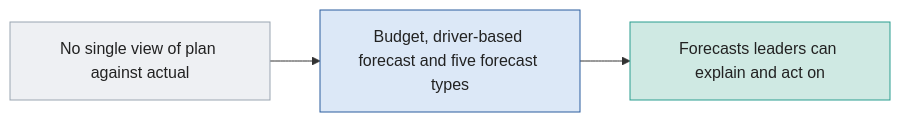
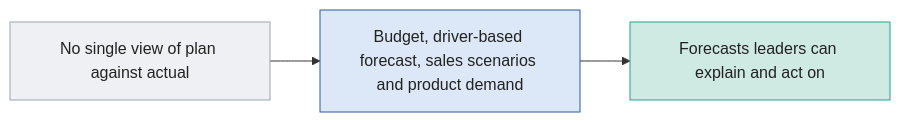
The diagram in 08-budget-forecast-pnl/README.md (rbanola1/RevOps-Portfolio), drawn with Mermaid before and after one commit. The commit also changed other lines of this file and 26 other files, not shown here.

Commit message:
CRM factory proof (touches by outcome), simple forecasts (scenarios and product demand), outbound diagnosis from the CRM history

````diff
--- a/08-budget-forecast-pnl/README.md
+++ b/08-budget-forecast-pnl/README.md
@@ -8,10 +8,10 @@
 ```mermaid
 flowchart LR
-    A["No single view of plan against actual"] --> B["Budget, driver-based forecast and five forecast types"] --> C["Forecasts leaders can explain and act on"]
+    A["No single view of plan against actual"] --> B["Budget, driver-based forecast, sales scenarios and product demand"] --> C["Forecasts leaders can explain and act on"]
     classDef p fill:#EEF0F3,stroke:#9AA5B1,color:#222
     classDef b fill:#DCE8F7,stroke:#2B5C9E,color:#222
     classDef r fill:#CFE9E3,stroke:#2A9D8F,color:#222
     class A p
     class B b
     class C r
 ```
````
